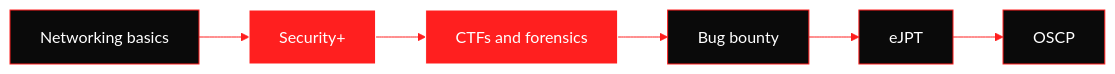
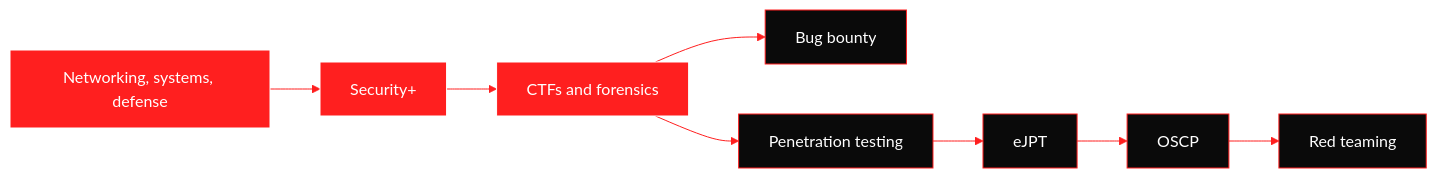
Before and after one commit to 0xkarma13/0xkarma13: the diagram in README.md, drawn with Mermaid. The commit also changed other lines of this file, not shown here.

````diff
--- a/README.md
+++ b/README.md
@@ -64,11 +54,14 @@
 ```mermaid
 %%{init: {'theme':'base','themeVariables':{'primaryColor':'#0a0a0a','primaryTextColor':'#ffffff','primaryBorderColor':'#ff1f1f','lineColor':'#ff1f1f','fontFamily':'monospace'}}}%%
 flowchart LR
-    A[Networking basics] --> B[Security+]
+    A[Networking, systems, defense] --> B[Security+]
     B --> C[CTFs and forensics]
     C --> D[Bug bounty]
-    D --> E[eJPT]
-    E --> F[OSCP]
+    C --> E[Penetration testing]
+    E --> F[eJPT]
+    F --> G[OSCP]
+    G --> H[Red teaming]
+    style A fill:#ff1f1f,stroke:#ffffff,color:#ffffff
     style B fill:#ff1f1f,stroke:#ffffff,color:#ffffff
     style C fill:#ff1f1f,stroke:#ffffff,color:#ffffff
 ```
````
